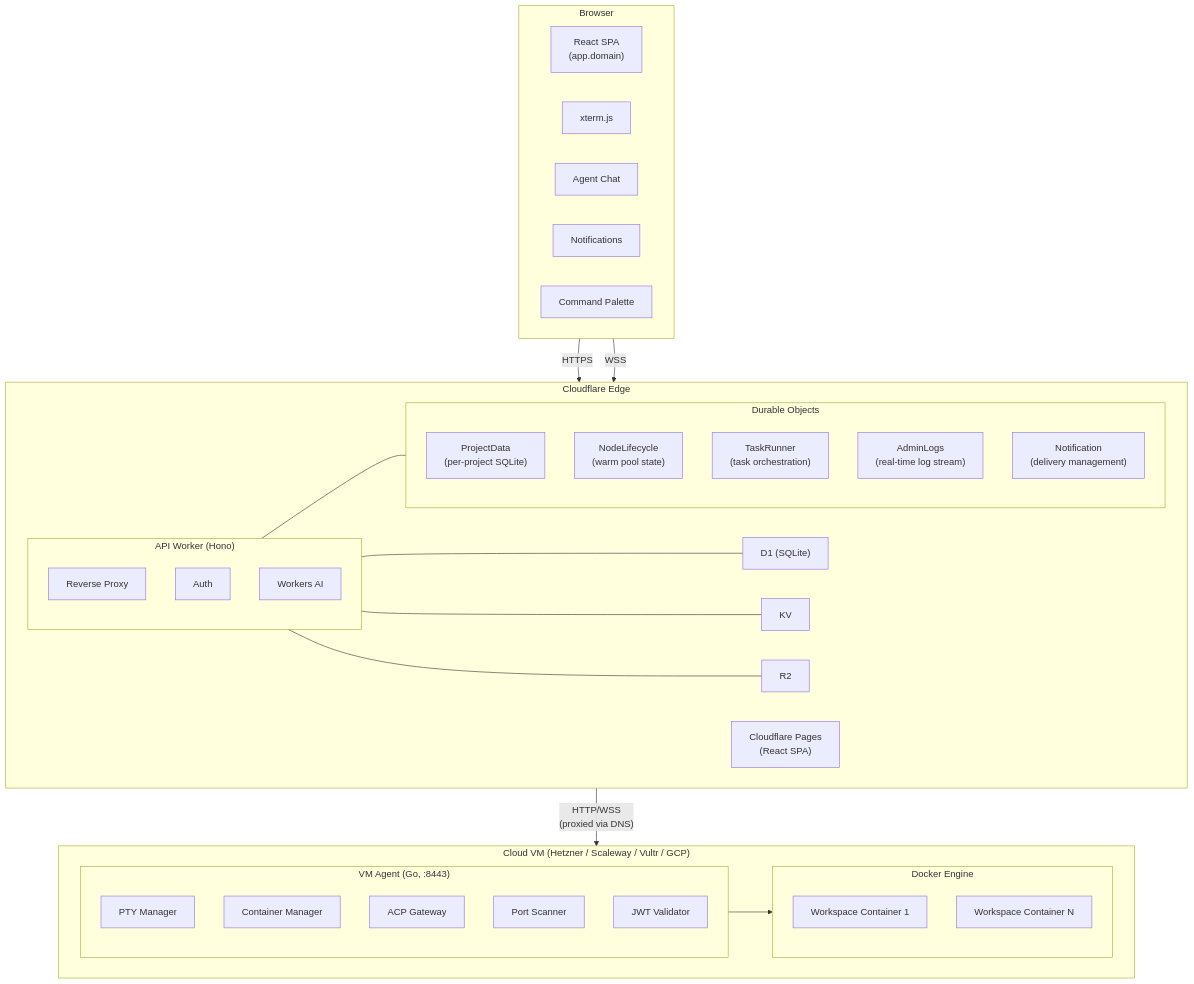
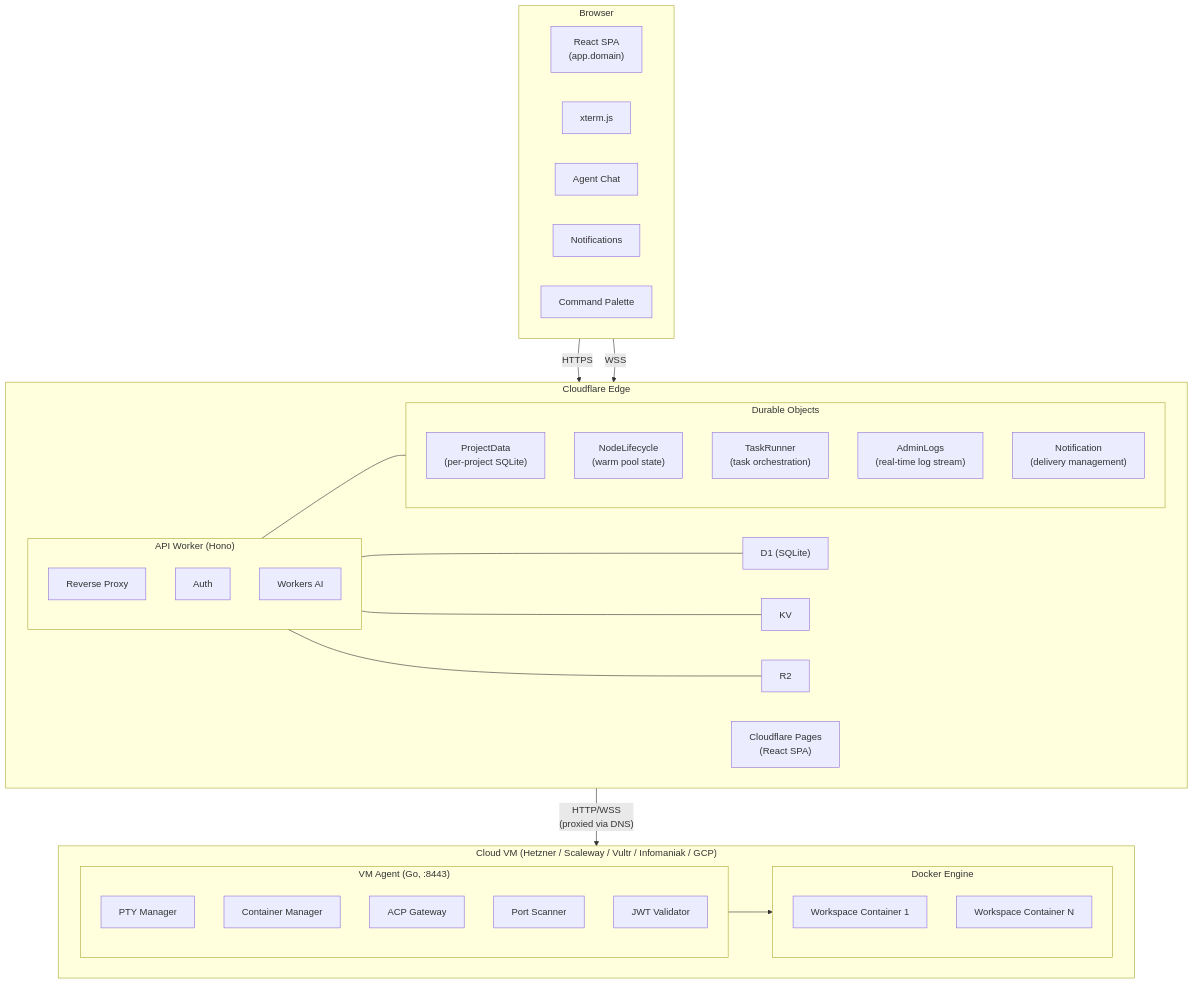
One commit to raphaeltm/simple-agent-manager changed the first of 5 diagrams in apps/www/src/content/docs/docs/architecture/overview.md. Above: the diagram before and after it, drawn with Mermaid. The commit also changed other lines of this file and 55 other files, not shown here.

````diff
--- a/apps/www/src/content/docs/docs/architecture/overview.md
+++ b/apps/www/src/content/docs/docs/architecture/overview.md
@@ -12,52 +12,52 @@
 ```mermaid
 graph TD
     subgraph Browser
         SPA["React SPA<br/>(app.domain)"]
         XTERM["xterm.js"]
         CHAT["Agent Chat"]
         NOTIF["Notifications"]
         CMDK["Command Palette"]
     end
 
     subgraph CF["Cloudflare Edge"]
         subgraph Worker["API Worker (Hono)"]
             PROXY["Reverse Proxy"]
             AUTH["Auth"]
             AI["Workers AI"]
         end
         D1["D1 (SQLite)"]
         KV["KV"]
         R2["R2"]
         PAGES["Cloudflare Pages<br/>(React SPA)"]
         subgraph DOs["Durable Objects"]
             PD["ProjectData<br/>(per-project SQLite)"]
             NL["NodeLifecycle<br/>(warm pool state)"]
             TR["TaskRunner<br/>(task orchestration)"]
             AL["AdminLogs<br/>(real-time log stream)"]
             NO["Notification<br/>(delivery management)"]
         end
         Worker --- D1
         Worker --- KV
         Worker --- R2
         Worker --- DOs
     end
 
-    subgraph VM["Cloud VM (Hetzner / Scaleway / Vultr / GCP)"]
+    subgraph VM["Cloud VM (Hetzner / Scaleway / Vultr / Infomaniak / GCP)"]
         subgraph AGENT["VM Agent (Go, :8443)"]
             PTY["PTY Manager"]
             CM["Container Manager"]
             ACP["ACP Gateway"]
             PS["Port Scanner"]
             JWT["JWT Validator"]
         end
         subgraph DOCKER["Docker Engine"]
             WS1["Workspace Container 1"]
             WSN["Workspace Container N"]
         end
         AGENT --> DOCKER
     end
 
     Browser -- "HTTPS" --> CF
     Browser -- "WSS" --> CF
     CF -- "HTTP/WSS<br/>(proxied via DNS)" --> VM
 ```
````
